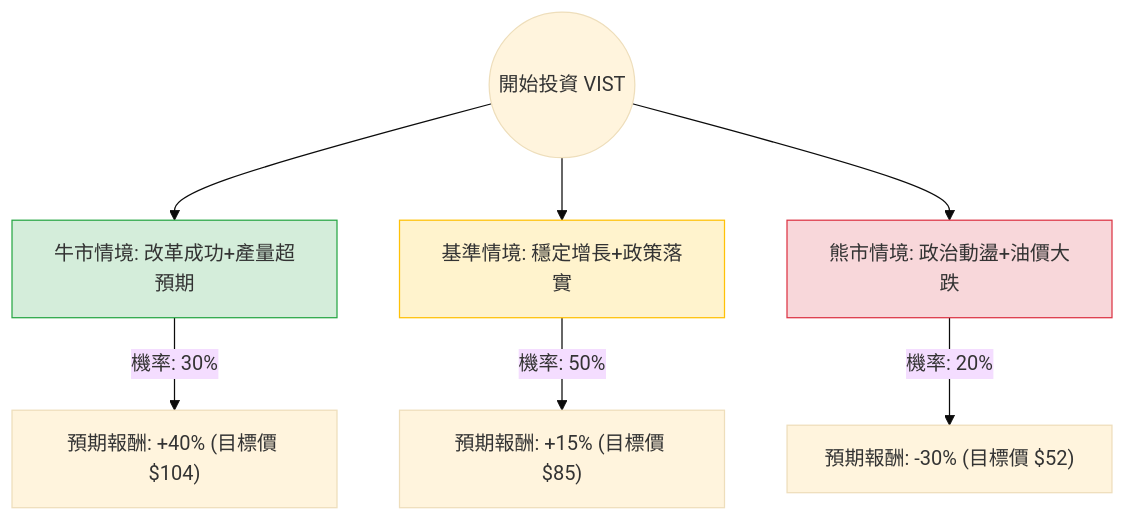
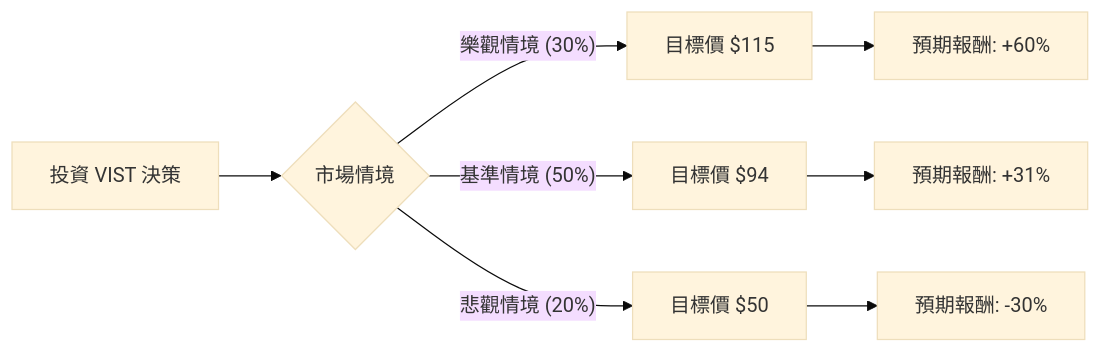
The diagram in plugin-react/ai-analysis/ev-analysis/VIST.md (zmcx16/zmcx16.github.io), drawn with Mermaid (base theme) before and after one commit. The commit also changed other lines of this file and 81 other files, not shown here.

````diff
--- a/plugin-react/ai-analysis/ev-analysis/VIST.md
+++ b/plugin-react/ai-analysis/ev-analysis/VIST.md
@@ -23,14 +19,12 @@
 ```mermaid
-graph TD
-    Start((開始投資 VIST)) --> Bull[牛市情境: 改革成功+產量超預期]
-    Start --> Base[基準情境: 穩定增長+政策落實]
-    Start --> Bear[熊市情境: 政治動盪+油價大跌]
+graph LR
+    A[投資 VIST 決策] --> B{市場情境}
+    
+    B -- 樂觀情境 (30%) --> C[目標價 $115]
+    B -- 基準情境 (50%) --> D[目標價 $94]
+    B -- 悲觀情境 (20%) --> E[目標價 $50]
 
-    Bull -- "機率: 30%" --> BullResult["預期報酬: +40% (目標價 $104)"]
-    Base -- "機率: 50%" --> BaseResult["預期報酬: +15% (目標價 $85)"]
-    Bear -- "機率: 20%" --> BearResult["預期報酬: -30% (目標價 $52)"]
-
-    style Bull fill:#d4edda,stroke:#28a745
-    style Base fill:#fff3cd,stroke:#ffc107
-    style Bear fill:#f8d7da,stroke:#dc3545
+    C --> C1[預期報酬: +60%]
+    D --> D1[預期報酬: +31%]
+    E --> E1[預期報酬: -30%]
 ```
````
